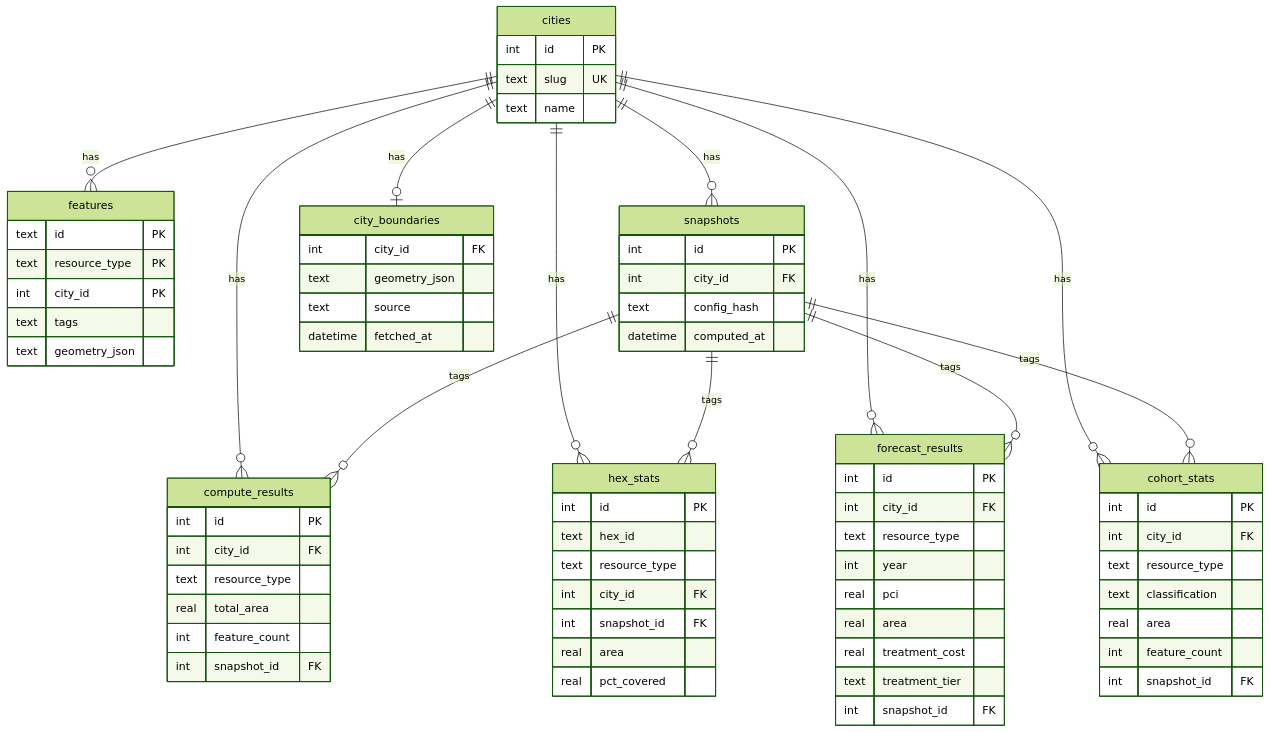
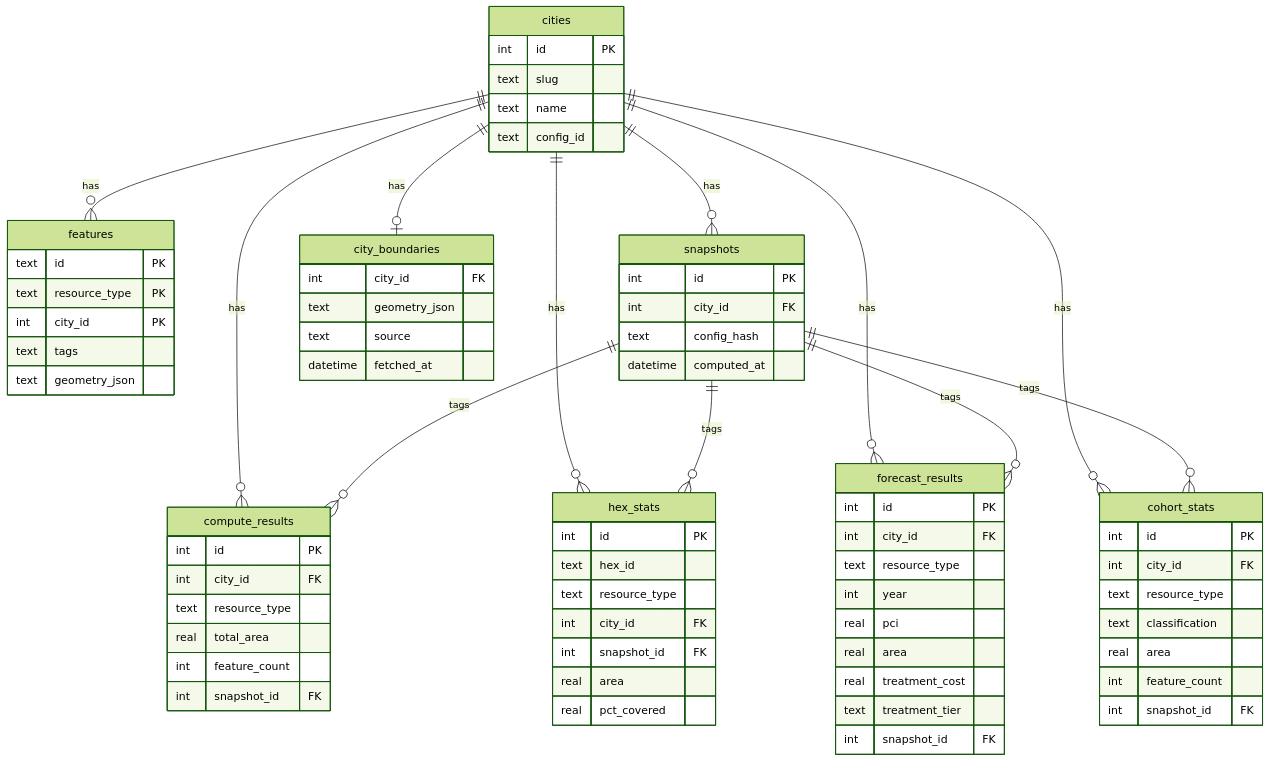
The fourth of 4 diagrams in docs/architecture.md (jcrussell/solvent-streets), drawn with Mermaid (forest theme) before and after one commit. The commit also changed 2 other files, not shown here.

Commit message:
docs: correct forecast config, env clamp wording, status hint, schema, error quote
- document forecast.initial_pci and current_budget (incl. per-city override
  list); note current_budget gates insolvency_year/funding_gap, not break_even (yapm.2)
- fix #permission-denied advice: pvmt status prints counts not paths and hits
  the same DB error; point at the path in the hint and XDG overrides (yapm.3)
- PVMT_FORECAST_INITIAL_PCI is (0,100] and ignored-not-clamped on out-of-range (yapm.7)
- architecture erDiagram: cities has config_id with composite UNIQUE(slug, config_id) (yapm.8)
- replace obsolete boundary error quote with the real nominatim message (yapm.9)

````diff
--- a/docs/architecture.md
+++ b/docs/architecture.md
@@ -92,77 +92,79 @@
 ```mermaid
 erDiagram
     cities ||--o{ features : has
     cities ||--o{ compute_results : has
     cities ||--o{ hex_stats : has
     cities ||--o{ forecast_results : has
     cities ||--o{ cohort_stats : has
     cities ||--o{ snapshots : has
     cities ||--o| city_boundaries : has
 
     snapshots ||--o{ compute_results : tags
     snapshots ||--o{ hex_stats : tags
     snapshots ||--o{ forecast_results : tags
     snapshots ||--o{ cohort_stats : tags
 
     cities {
         int id PK
-        text slug UK
+        text slug
         text name
+        text config_id
     }
+    %% Unique key is the composite (slug, config_id), not slug alone.
     city_boundaries {
         int city_id FK
         text geometry_json
         text source
         datetime fetched_at
     }
     snapshots {
         int id PK
         int city_id FK
         text config_hash
         datetime computed_at
     }
     features {
         text id PK
         text resource_type PK
         int city_id PK
         text tags
         text geometry_json
     }
     compute_results {
         int id PK
         int city_id FK
         text resource_type
         real total_area
         int feature_count
         int snapshot_id FK
     }
     hex_stats {
         int id PK
         text hex_id
         text resource_type
         int city_id FK
         int snapshot_id FK
         real area
         real pct_covered
     }
     forecast_results {
         int id PK
         int city_id FK
         text resource_type
         int year
         real pci
         real area
         real treatment_cost
         text treatment_tier
         int snapshot_id FK
     }
     cohort_stats {
         int id PK
         int city_id FK
         text resource_type
         text classification
         real area
         int feature_count
         int snapshot_id FK
     }
 ```
````
